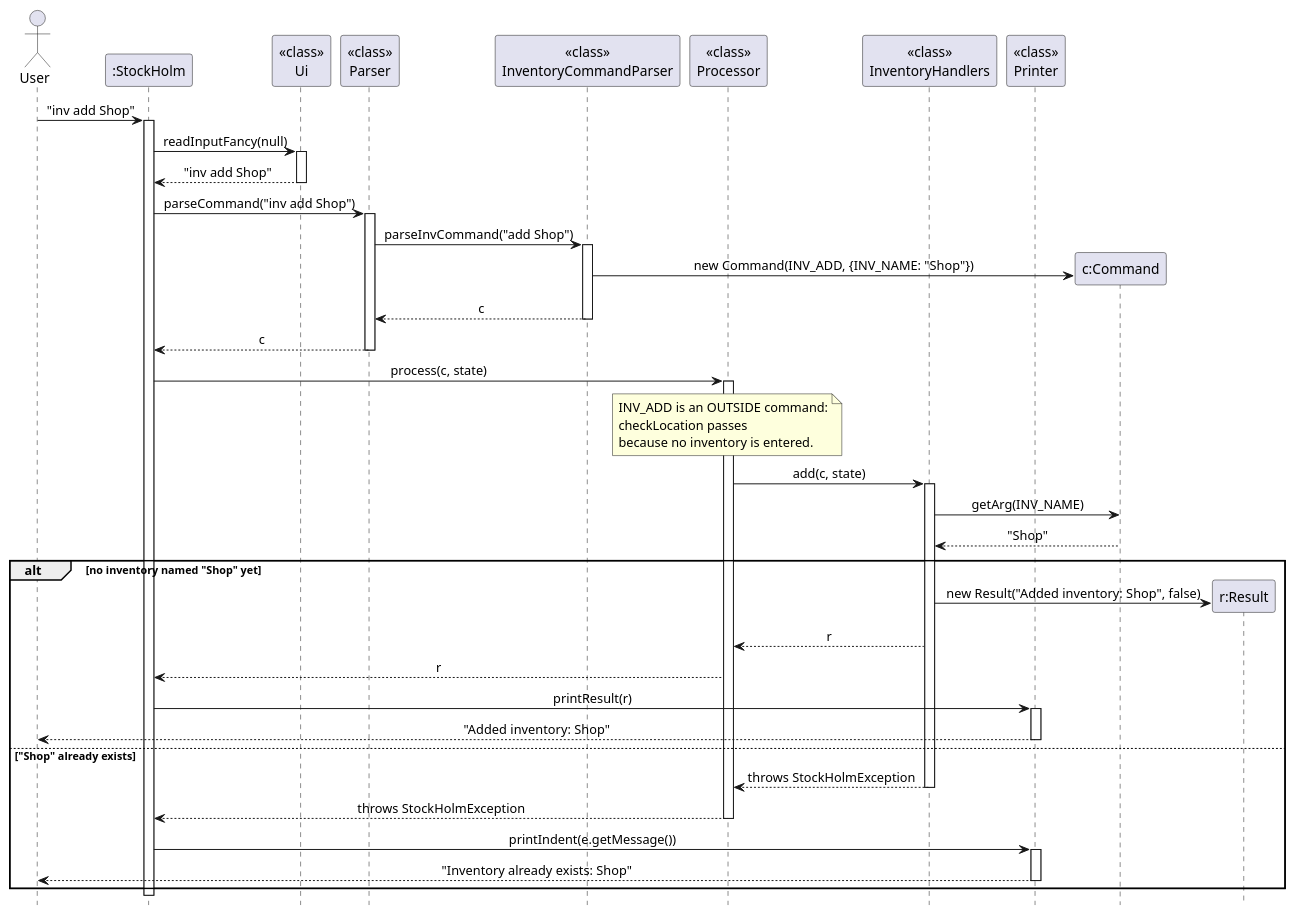
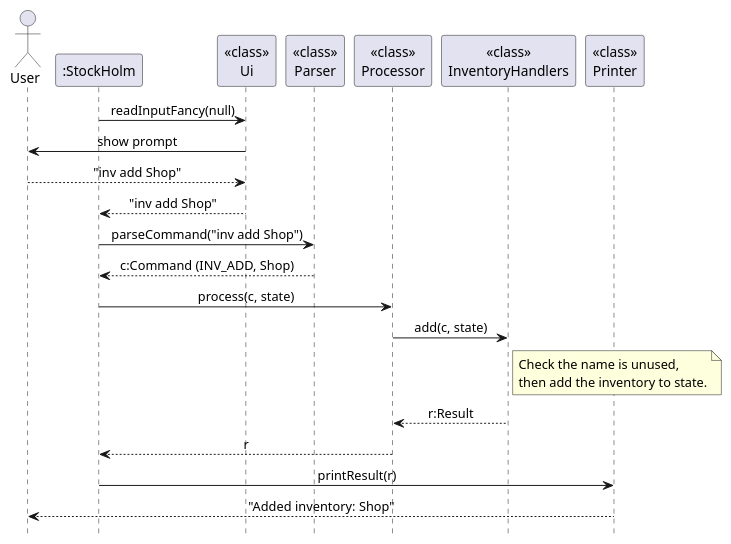
One commit to AY2627S1-CS2113-W14-4/tp changed the diagram in docs/diagrams/InvAddSequence.puml. Above: the diagram before and after it, drawn with PlantUML. The commit also changed 12 other files, not shown here.

Commit message:
Simplify Developer Guide diagrams

```diff
--- a/docs/diagrams/InvAddSequence.puml
+++ b/docs/diagrams/InvAddSequence.puml
@@ -1,63 +1,29 @@
 @startuml
 hide footbox
 skinparam sequenceMessageAlign center
 
 actor User
 participant ":StockHolm" as Main
 participant "<<class>>\nUi" as Ui
 participant "<<class>>\nParser" as Parser
-participant "<<class>>\nInventoryCommandParser" as InvParser
 participant "<<class>>\nProcessor" as Processor
 participant "<<class>>\nInventoryHandlers" as Handlers
 participant "<<class>>\nPrinter" as Printer
 
-User -> Main : "inv add Shop"
-activate Main
 Main -> Ui : readInputFancy(null)
-activate Ui
+Ui -> User : show prompt
+User --> Ui : "inv add Shop"
 Ui --> Main : "inv add Shop"
-deactivate Ui
-
 Main -> Parser : parseCommand("inv add Shop")
-activate Parser
-Parser -> InvParser : parseInvCommand("add Shop")
-activate InvParser
-create participant "c:Command" as Cmd
-InvParser -> Cmd : new Command(INV_ADD, {INV_NAME: "Shop"})
-InvParser --> Parser : c
-deactivate InvParser
-Parser --> Main : c
-deactivate Parser
-
+Parser --> Main : c:Command (INV_ADD, Shop)
 Main -> Processor : process(c, state)
-activate Processor
-note over Processor
-    INV_ADD is an OUTSIDE command:
-    checkLocation passes
-    because no inventory is entered.
+Processor -> Handlers : add(c, state)
+note right of Handlers
+    Check the name is unused,
+    then add the inventory to state.
 end note
-Processor -> Handlers : add(c, state)
-activate Handlers
-Handlers -> Cmd : getArg(INV_NAME)
-Cmd --> Handlers : "Shop"
-alt no inventory named "Shop" yet
-    create participant "r:Result" as Res
-    Handlers -> Res : new Result("Added inventory: Shop", false)
-    Handlers --> Processor : r
-    Processor --> Main : r
-    Main -> Printer : printResult(r)
-    activate Printer
-    Printer --> User : "Added inventory: Shop"
-    deactivate Printer
-else "Shop" already exists
-    Handlers --> Processor : throws StockHolmException
-    deactivate Handlers
-    Processor --> Main : throws StockHolmException
-    deactivate Processor
-    Main -> Printer : printIndent(e.getMessage())
-    activate Printer
-    Printer --> User : "Inventory already exists: Shop"
-    deactivate Printer
-end
-deactivate Main
+Handlers --> Processor : r:Result
+Processor --> Main : r
+Main -> Printer : printResult(r)
+Printer --> User : "Added inventory: Shop"
 @enduml
```
